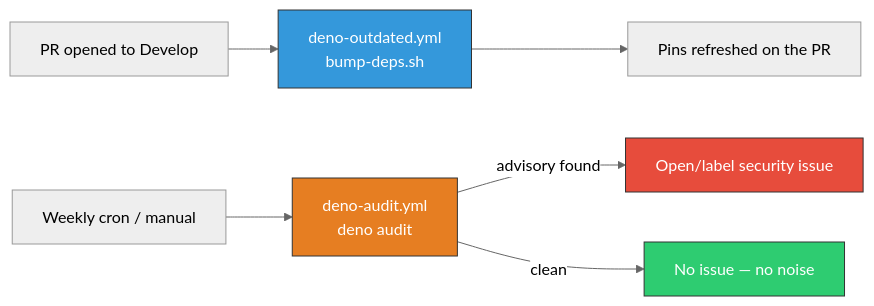
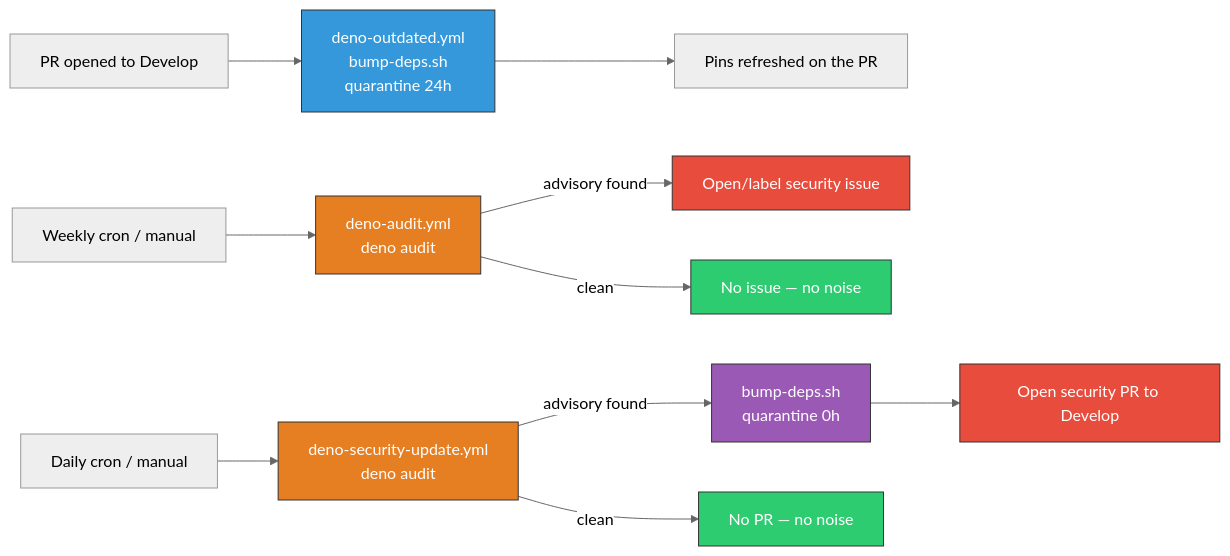
The sixth of 7 diagrams in README.md (stSoftwareAU/NEAT-AI-Examples), drawn with Mermaid (neutral theme) before and after one commit. The commit also changed other lines of this file and 3 other files, not shown here.

First line of the commit message:
Add advisory-driven security-update channel (#601)

````diff
--- a/README.md
+++ b/README.md
@@ -578,14 +587,22 @@
 ```mermaid
 flowchart LR
-    PR[PR opened to Develop] --> BUMP[deno-outdated.yml<br/>bump-deps.sh]
+    PR[PR opened to Develop] --> BUMP[deno-outdated.yml<br/>bump-deps.sh<br/>quarantine 24h]
     BUMP --> PINS[Pins refreshed on the PR]
 
     CRON[Weekly cron / manual] --> AUDIT[deno-audit.yml<br/>deno audit]
     AUDIT -->|advisory found| ISSUE[Open/label security issue]
     AUDIT -->|clean| QUIET[No issue — no noise]
 
+    DAILY[Daily cron / manual] --> SEC[deno-security-update.yml<br/>deno audit]
+    SEC -->|advisory found| FAST[bump-deps.sh<br/>quarantine 0h] --> SECPR[Open security PR to Develop]
+    SEC -->|clean| QUIET2[No PR — no noise]
+
     style BUMP fill:#3498db,stroke:#333,color:#fff
     style AUDIT fill:#e67e22,stroke:#333,color:#fff
     style ISSUE fill:#e74c3c,stroke:#333,color:#fff
     style QUIET fill:#2ecc71,stroke:#333,color:#fff
+    style SEC fill:#e67e22,stroke:#333,color:#fff
+    style FAST fill:#9b59b6,stroke:#333,color:#fff
+    style SECPR fill:#e74c3c,stroke:#333,color:#fff
+    style QUIET2 fill:#2ecc71,stroke:#333,color:#fff
 ```
````
